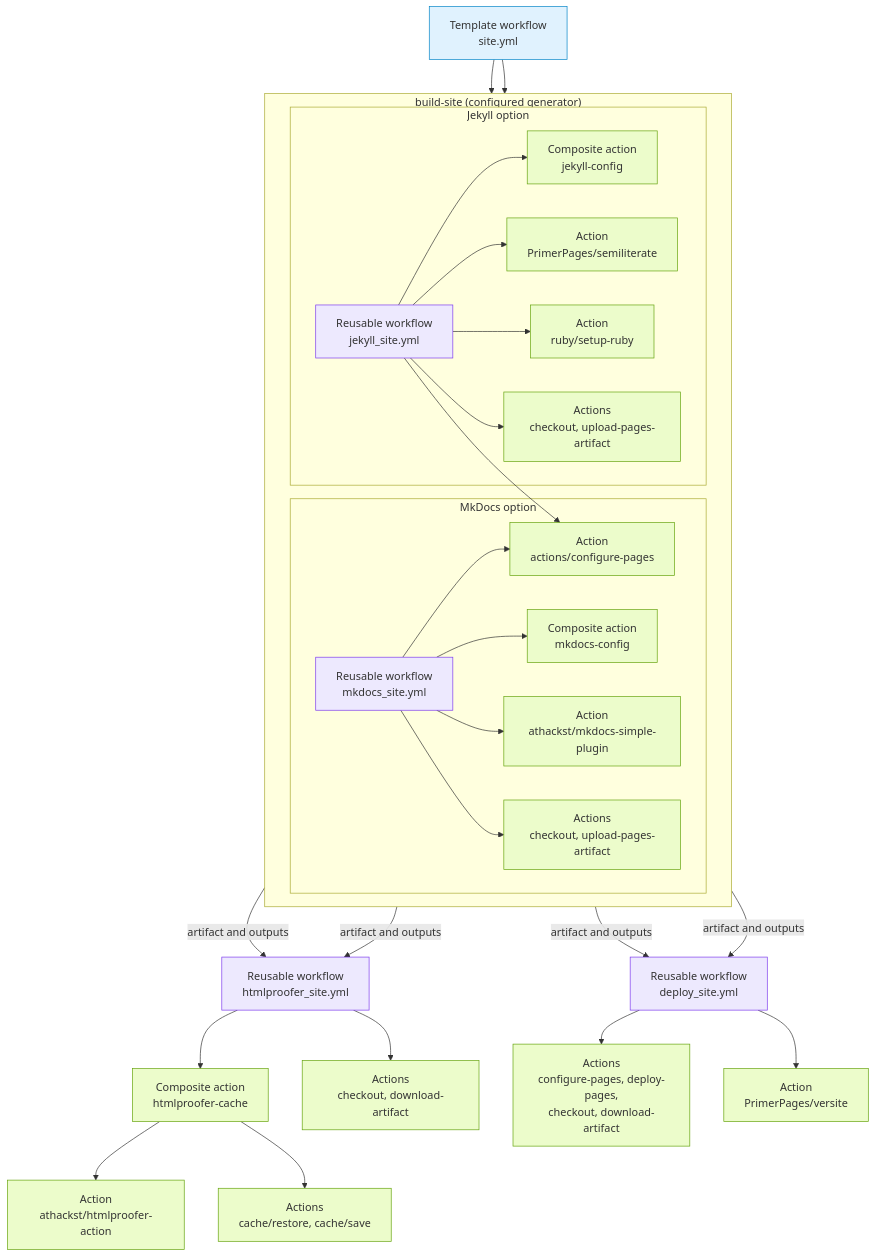
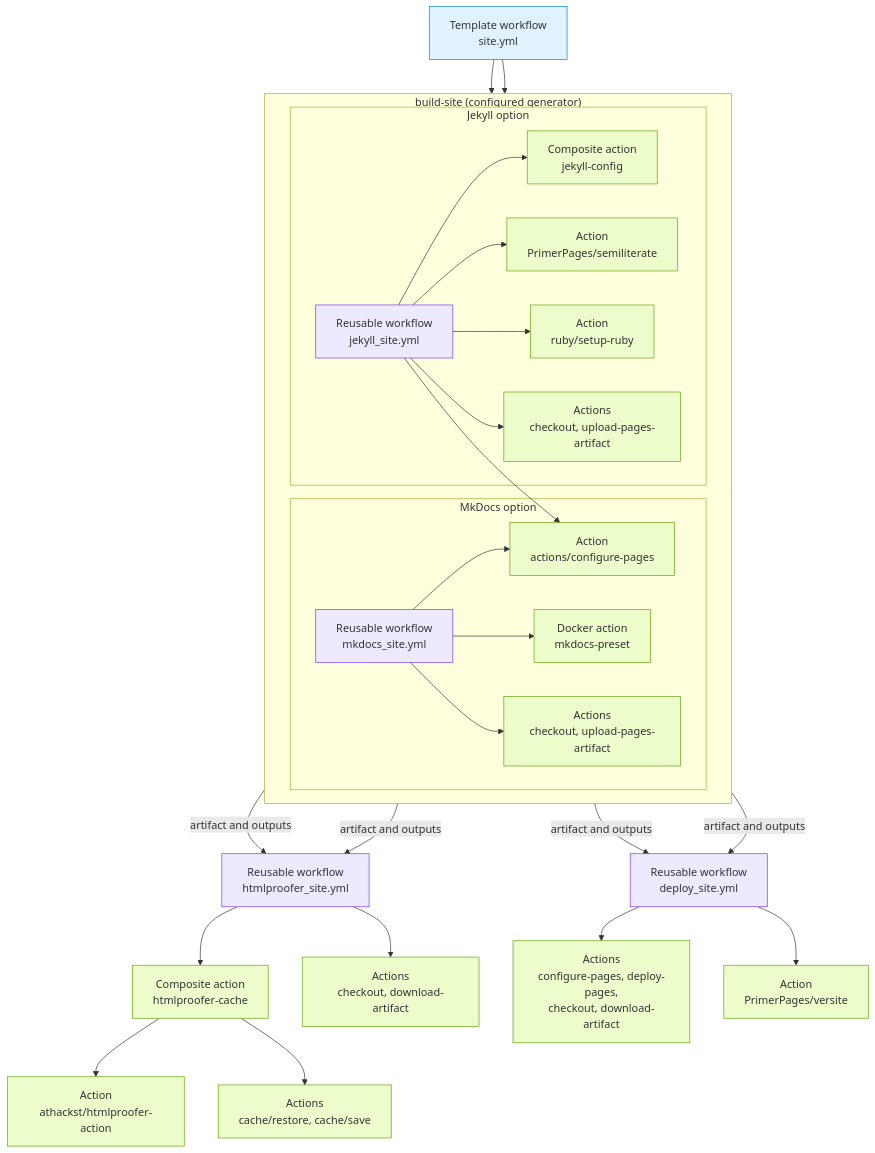
One commit to athackst/ci changed the diagram in copier/site.md. Above: the diagram before and after it, drawn with Mermaid. The commit also changed 2 other files, not shown here.

Commit message:
Build MkDocs sites with the preset action (#336)

````diff
--- a/copier/site.md
+++ b/copier/site.md
@@ -39,46 +39,45 @@
 ```mermaid
 flowchart TD
     template["Template workflow<br/>site.yml"]
 
     subgraph build_site["build-site (configured generator)"]
         direction LR
 
         subgraph mkdocs_option["MkDocs option"]
             mkdocs["Reusable workflow<br/>mkdocs_site.yml"]
             mkdocs --> configure_pages["Action<br/>actions/configure-pages"]
-            mkdocs --> mkdocs_config["Composite action<br/>mkdocs-config"]
-            mkdocs --> mkdocs_plugin["Action<br/>athackst/mkdocs-simple-plugin"]
+            mkdocs --> mkdocs_preset["Docker action<br/>mkdocs-preset"]
             mkdocs --> pages_build["Actions<br/>checkout, upload-pages-artifact"]
         end
 
         subgraph jekyll_option["Jekyll option"]
             jekyll["Reusable workflow<br/>jekyll_site.yml"]
             jekyll --> configure_pages
             jekyll --> jekyll_config["Composite action<br/>jekyll-config"]
             jekyll --> semiliterate["Action<br/>PrimerPages/semiliterate"]
             jekyll --> ruby["Action<br/>ruby/setup-ruby"]
             jekyll --> pages_jekyll["Actions<br/>checkout, upload-pages-artifact"]
         end
     end
 
     template --> mkdocs
     template --> jekyll
     mkdocs -->|artifact and outputs| test["Reusable workflow<br/>htmlproofer_site.yml"]
     jekyll -->|artifact and outputs| test
     mkdocs -->|artifact and outputs| deploy["Reusable workflow<br/>deploy_site.yml"]
     jekyll -->|artifact and outputs| deploy
 
     test --> cache["Composite action<br/>htmlproofer-cache"]
     test --> test_artifact["Actions<br/>checkout, download-artifact"]
     cache --> htmlproofer["Action<br/>athackst/htmlproofer-action"]
     cache --> cache_actions["Actions<br/>cache/restore, cache/save"]
     deploy --> pages_deploy["Actions<br/>configure-pages, deploy-pages,<br/>checkout, download-artifact"]
     deploy --> versite["Action<br/>PrimerPages/versite"]
 
     classDef template fill:#e0f2fe,stroke:#0284c7
     classDef workflow fill:#ede9fe,stroke:#7c3aed
     classDef action fill:#ecfccb,stroke:#65a30d
     class template template
     class mkdocs,jekyll,test,deploy workflow
-    class configure_pages,mkdocs_config,mkdocs_plugin,pages_build,jekyll_config,semiliterate,ruby,pages_jekyll,cache,test_artifact,htmlproofer,cache_actions,pages_deploy,versite action
+    class configure_pages,mkdocs_preset,mkdocs_plugin,pages_build,jekyll_config,semiliterate,ruby,pages_jekyll,cache,test_artifact,htmlproofer,cache_actions,pages_deploy,versite action
 ```
````
